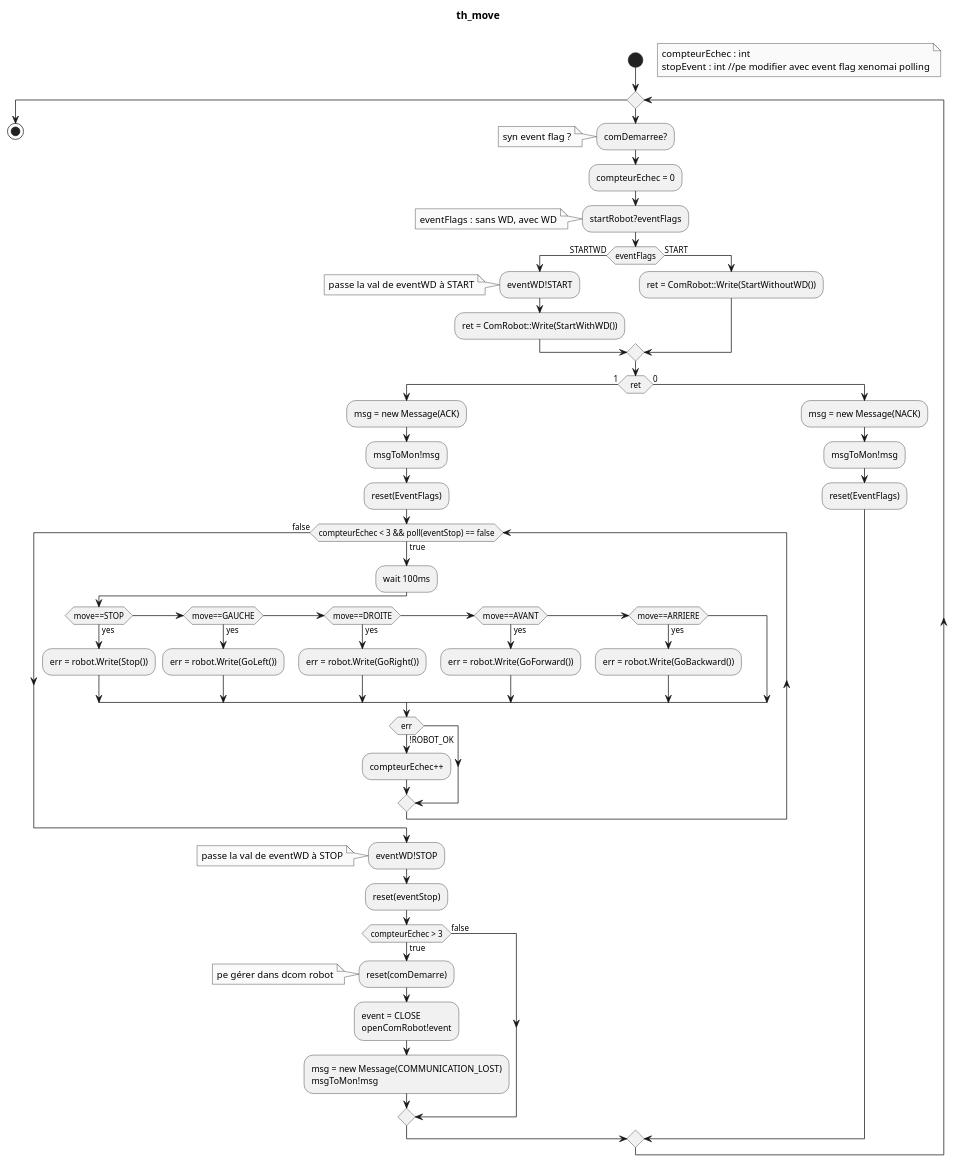
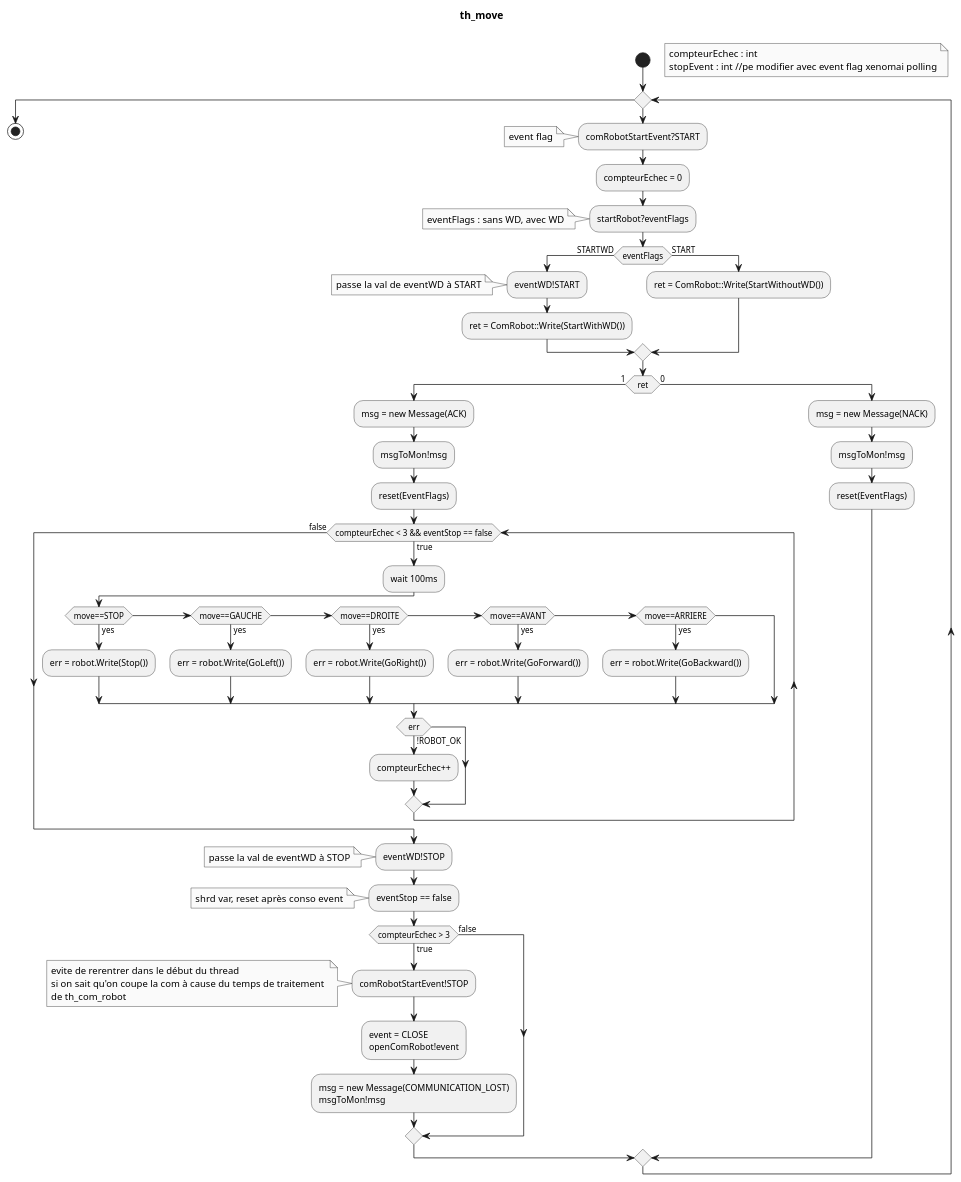
One commit to Bobillot/BE_Temps_Reel changed the diagram in diags/th_move.puml. Above: the diagram before and after it, drawn with PlantUML. The commit also changed 1 other file, not shown here.

```diff
--- a/diags/th_move.puml
+++ b/diags/th_move.puml
@@ -1,79 +1,84 @@
 @startuml
 
 skinparam monochrome true
 title th_move \n
 
 
 start
 
 floating note right
 compteurEchec : int
 stopEvent : int //pe modifier avec event flag xenomai polling
 endnote
 
 while ()
-    :comDemarree?;
-    note : syn event flag ?
+    :comRobotStartEvent?START;
+    note : event flag
     :compteurEchec = 0;
 
     :startRobot?eventFlags;
     note
     eventFlags : sans WD, avec WD
     endnote
 
     if (eventFlags) then (STARTWD)
         :eventWD!START;
     note : passe la val de eventWD à START
         :ret = ComRobot::Write(StartWithWD());
     else (START)
     :ret = ComRobot::Write(StartWithoutWD());
     endif
     
     if (ret) then (1)
     
     :msg = new Message(ACK);
 
     :msgToMon!msg;
 
     :reset(EventFlags);
 
-    while (compteurEchec < 3 && poll(eventStop) == false) is (true)
+    while (compteurEchec < 3 && eventStop == false) is (true)
         :wait 100ms;
         if (move==STOP) then (yes)
             :err = robot.Write(Stop());
         elseif (move==GAUCHE) then (yes)
             :err = robot.Write(GoLeft());
         elseif (move==DROITE) then (yes)
             :err = robot.Write(GoRight());
         elseif (move==AVANT) then (yes)
             :err = robot.Write(GoForward());
         elseif (move==ARRIERE) then (yes)
             :err = robot.Write(GoBackward());
         endif
         if (err) then (!ROBOT_OK)
             :compteurEchec++;
         endif
     endwhile (false)
     :eventWD!STOP;
     note : passe la val de eventWD à STOP
-:reset(eventStop);
+:eventStop == false;
+note : shrd var, reset après conso event
 
 if (compteurEchec > 3) then (true)
-    :reset(comDemarre);
-    note : pe gérer dans dcom robot
+    :comRobotStartEvent!STOP;
+    note 
+        evite de rerentrer dans le début du thread 
+        si on sait qu'on coupe la com à cause du temps de traitement 
+        de th_com_robot
+    endnote
     :event = CLOSE
     openComRobot!event;
     :msg = new Message(COMMUNICATION_LOST)
     msgToMon!msg;
 else (false)
 endif
 else (0)
     :msg = new Message(NACK);
 
     :msgToMon!msg;
 
     :reset(EventFlags);
 endif
 endwhile
 stop
 @enduml
```
